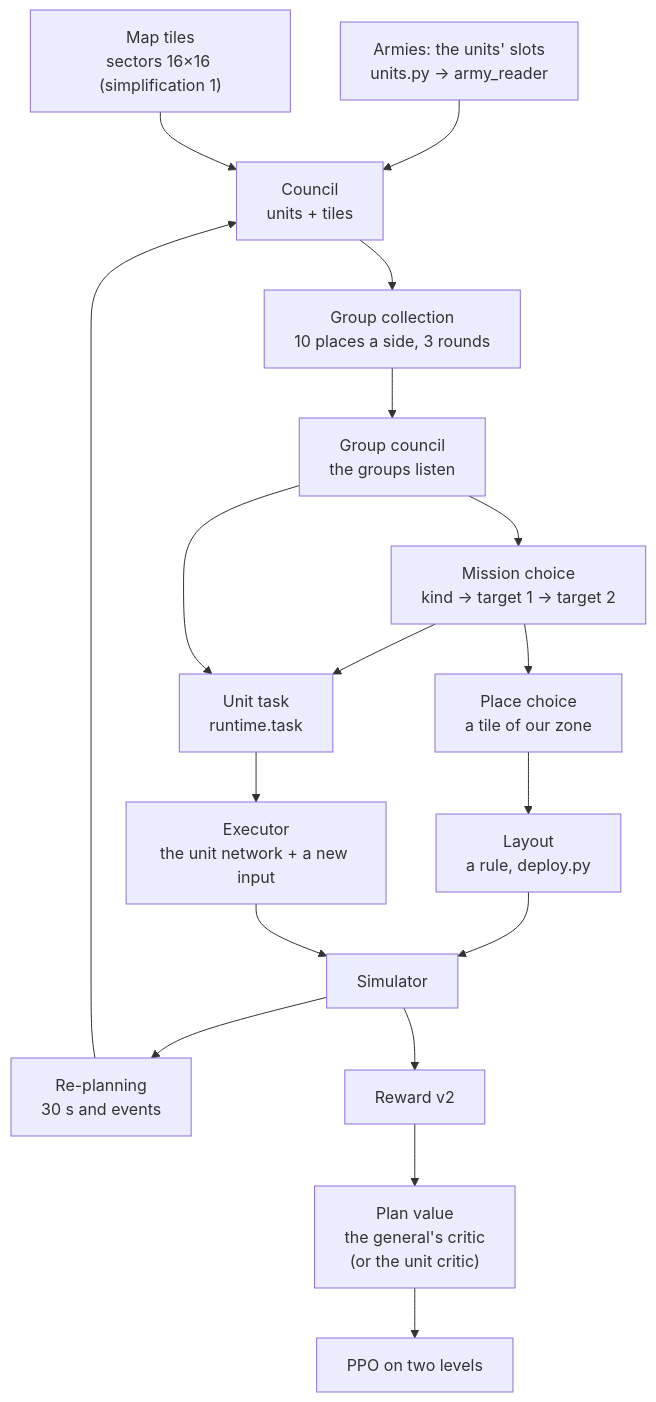
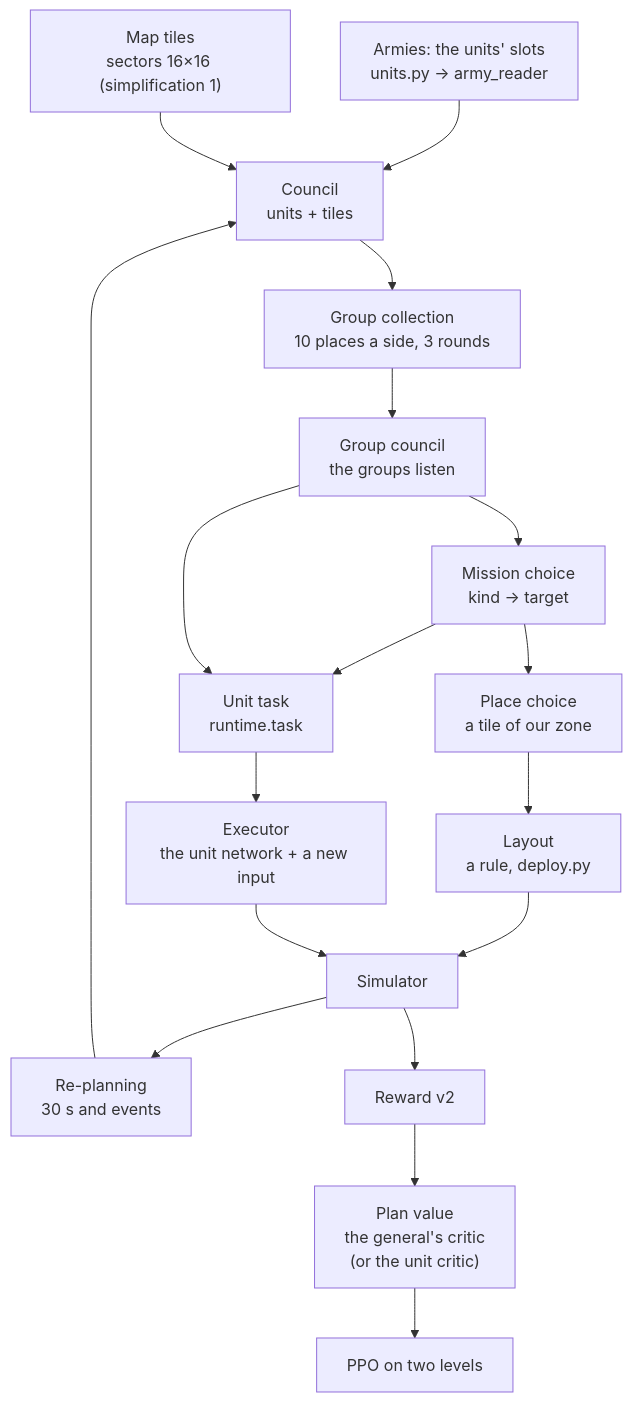
One commit to DimaZero7/TWW3-batle-ai changed the diagram in docs/en/training/general.md. Above: the diagram before and after it, drawn with Mermaid. The commit also changed other lines of this file and 21 other files, not shown here.

````diff
--- a/docs/en/training/general.md
+++ b/docs/en/training/general.md
@@ -18,20 +18,20 @@
 ```mermaid
 flowchart TB
   A["Armies: the units' slots<br/>units.py → army_reader"] --> C["Council<br/>units + tiles"]
   T["Map tiles<br/>sectors 16×16 (simplification 1)"] --> C
   C --> G["Group collection<br/>10 places a side, 3 rounds"]
   G --> GC["Group council<br/>the groups listen"]
-  GC --> M["Mission choice<br/>kind → target 1 → target 2"]
+  GC --> M["Mission choice<br/>kind → target"]
   M --> P["Place choice<br/>a tile of our zone"]
   P --> L["Layout<br/>a rule, deploy.py"]
   M --> U["Unit task<br/>runtime.task"]
   GC --> U
   U --> E["Executor<br/>the unit network + a new input"]
   L --> S["Simulator"]
   E --> S
   S --> R["Re-planning<br/>30 s and events"]
   R --> C
   S --> W["Reward v2"]
   W --> V["Plan value<br/>the general's critic<br/>(or the unit critic)"]
   V --> O["PPO on two levels"]
 ```
````
